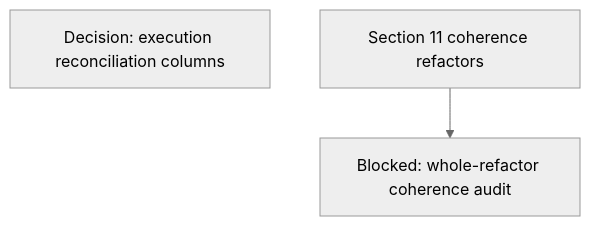
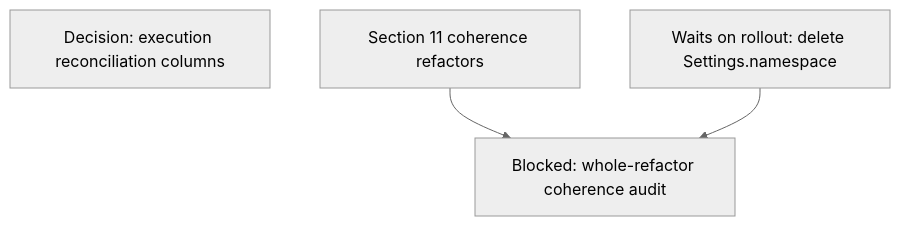
Before and after one commit to agentydragon-agent/ducktape: diagram 12 of 15 in agentplane/plans/task_dag.md, drawn with Mermaid (neutral theme). The commit also changed other lines of this file and 7 other files, not shown here.

````diff
--- a/agentplane/plans/task_dag.md
+++ b/agentplane/plans/task_dag.md
@@ -759,6 +759,8 @@
 ```mermaid
 flowchart TD
     ACTION_EXECUTION_AUDIT_TRIM[Decision: execution reconciliation columns]
+    APP_NAMESPACE_SETTING_DROP[Waits on rollout: delete Settings.namespace]
     REFACTOR_COHERENCE_AUDIT[Blocked: whole-refactor coherence audit]
     COHERENCE_REFACTORS[Section 11 coherence refactors] --> REFACTOR_COHERENCE_AUDIT
+    APP_NAMESPACE_SETTING_DROP --> REFACTOR_COHERENCE_AUDIT
 ```
````
